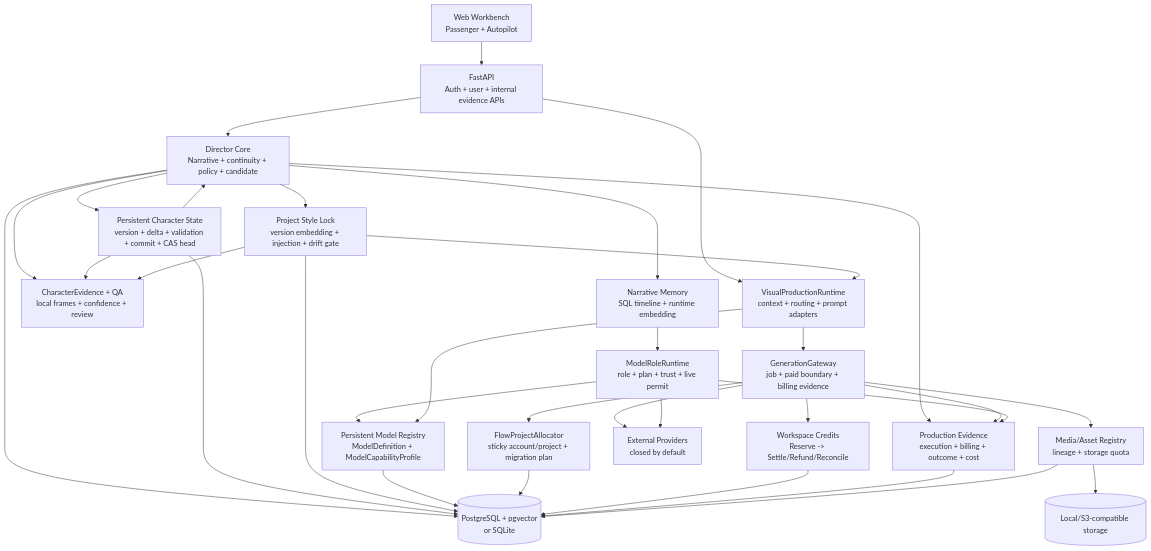
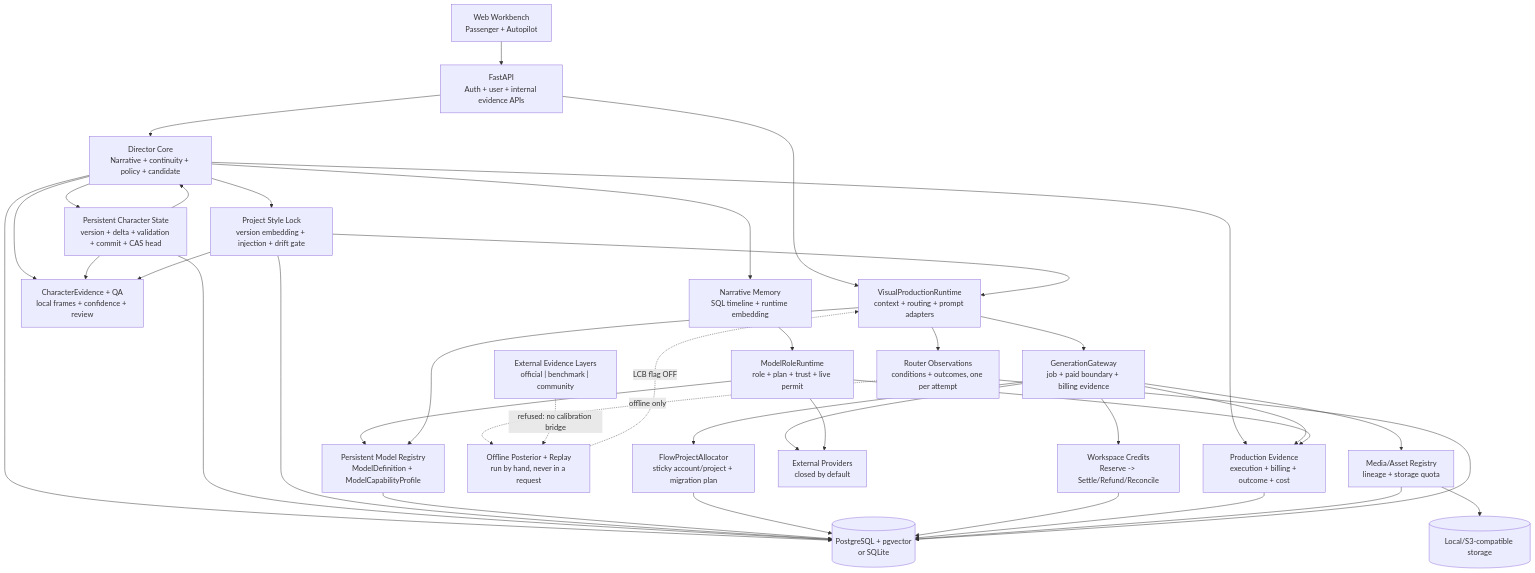
The first of 2 diagrams in CURRENT_ARCHITECTURE.md (Ethanwrite/bestshiny), drawn with Mermaid before and after one commit. The commit also changed other lines of this file, not shown here.

````diff
--- a/CURRENT_ARCHITECTURE.md
+++ b/CURRENT_ARCHITECTURE.md
@@ -40,54 +40,62 @@
 ```mermaid
 flowchart TB
   Web["Web Workbench\nPassenger + Autopilot"]
   API["FastAPI\nAuth + user + internal evidence APIs"]
   Director["Director Core\nNarrative + continuity + policy + candidate"]
   Roles["ModelRoleRuntime\nrole + plan + trust + live permit"]
   Registry["Persistent Model Registry\nModelDefinition + ModelCapabilityProfile"]
   Memory["Narrative Memory\nSQL timeline + runtime embedding"]
   State["Persistent Character State\nversion + delta + validation + commit + CAS head"]
   Style["Project Style Lock\nversion embedding + injection + drift gate"]
   QA["CharacterEvidence + QA\nlocal frames + confidence + review"]
   Visual["VisualProductionRuntime\ncontext + routing + prompt adapters"]
   Gateway["GenerationGateway\njob + paid boundary + billing evidence"]
   FlowAffinity["FlowProjectAllocator\nsticky account/project + migration plan"]
   Ledger["Workspace Credits\nReserve -> Settle/Refund/Reconcile"]
   Evidence["Production Evidence\nexecution + billing + outcome + cost"]
+  RouterObs["Router Observations\nconditions + outcomes, one per attempt"]
+  Layers["External Evidence Layers\nofficial | benchmark | community"]
+  Posterior["Offline Posterior + Replay\nrun by hand, never in a request"]
   Media["Media/Asset Registry\nlineage + storage quota"]
   DB[("PostgreSQL + pgvector\nor SQLite")]
   Store[("Local/S3-compatible storage")]
   Providers["External Providers\nclosed by default"]
 
   Web --> API
   API --> Director
   API --> Visual
   Director --> Memory
   Director --> State
   Director --> QA
   Director --> Style
   Director --> Evidence
   Memory --> Roles
   State --> QA
   State --> Director
   Roles --> Registry
   Visual --> Registry
   Style --> Visual
   Style --> QA
   Visual --> Gateway
   Gateway --> FlowAffinity
   Gateway --> Ledger
   Gateway --> Evidence
   Gateway --> Media
   Roles --> Evidence
   Gateway --> Providers
   Roles --> Providers
   Director --> DB
   State --> DB
   Style --> DB
   Registry --> DB
   FlowAffinity --> DB
   Ledger --> DB
   Evidence --> DB
   Media --> DB
   Media --> Store
+  Visual --> RouterObs
+  RouterObs --> DB
+  RouterObs -. "offline only" .-> Posterior
+  Layers -. "refused: no calibration bridge" .-> Posterior
+  Posterior -. "LCB flag OFF" .-> Visual
 ```
````
